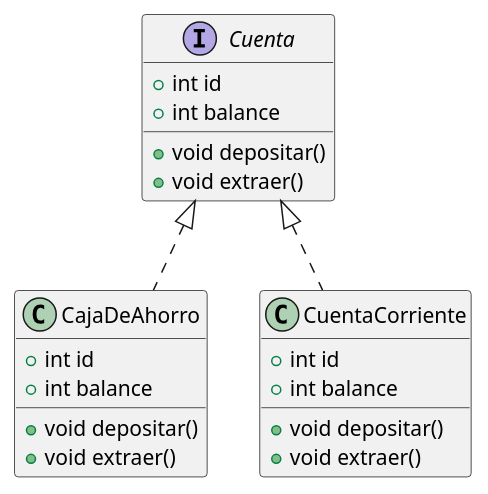
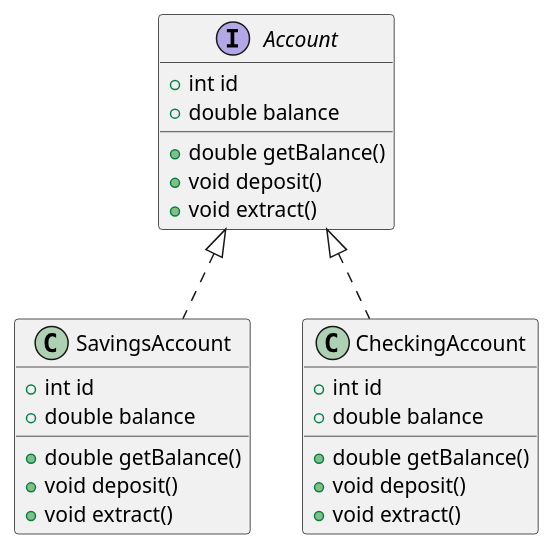
One commit to guerrerojuli/POO changed the diagram in src/tp01/ej10/ej10.puml. Above: the diagram before and after it, drawn with PlantUML. The commit also changed 1 other file, not shown here.

```diff
--- a/src/tp01/ej10/ej10.puml
+++ b/src/tp01/ej10/ej10.puml
@@ -1,27 +1,30 @@
 @startuml
 
-interface Cuenta {
+interface Account {
     + int id
-    + int balance
+    + double balance
 
-    + void depositar()
-    + void extraer()
+    + double getBalance()
+    + void deposit()
+    + void extract()
 }
 
-class CajaDeAhorro implements Cuenta {
+class SavingsAccount implements Account {
     + int id
-    + int balance
+    + double balance
 
-    + void depositar()
-    + void extraer()
+    + double getBalance()
+    + void deposit()
+    + void extract()
 }
 
-class CuentaCorriente implements Cuenta {
+class CheckingAccount implements Account {
     + int id
-    + int balance
+    + double balance
 
-    + void depositar()
-    + void extraer()
+    + double getBalance()
+    + void deposit()
+    + void extract()
 }
 
 @enduml
```
